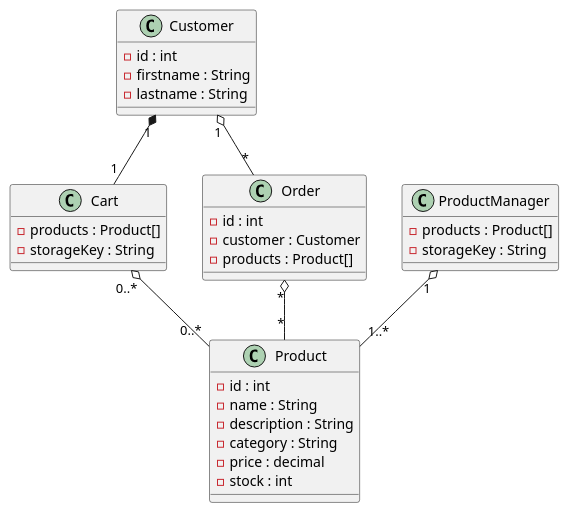
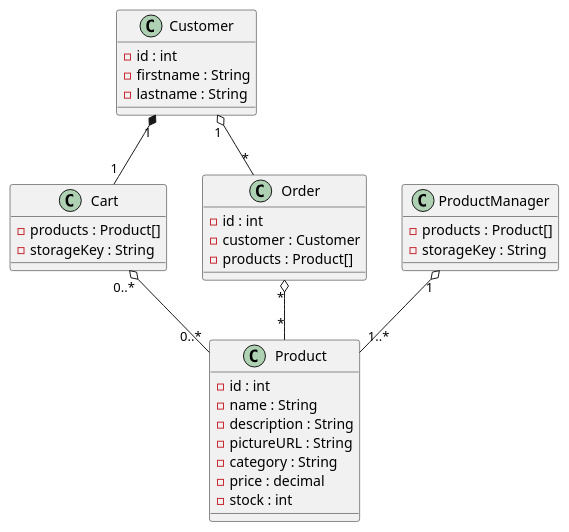
One commit to AmandineGrardLaurent/MyManga changed the diagram in docs/classesDiagram.puml. Above: the diagram before and after it, drawn with PlantUML.

Commit message:
update : add pictureURL attribut in class diagram

```diff
--- a/docs/classesDiagram.puml
+++ b/docs/classesDiagram.puml
@@ -1,40 +1,41 @@
 @startuml classes diagram
 
 class Customer {
     - id : int
     - firstname : String
     - lastname : String
 }
 
 class Cart {
     - products : Product[]
     - storageKey : String
 }
 
 class Product {
     - id : int
     - name : String
     - description : String
+    - pictureURL : String
     - category : String
     - price : decimal
     - stock : int
 }
 
 class ProductManager {
     - products : Product[]
     - storageKey : String
 }
 
 class Order {
     - id : int
     - customer : Customer
     - products : Product[]
 }
 
 ProductManager "1" o-- "1..*" Product
 Cart "0..*" o-- "0..*" Product
 Customer "1" *-- "1" Cart
 Customer "1" o-- "*" Order
 Order "*" o-- "*" Product
 
 @enduml
```
